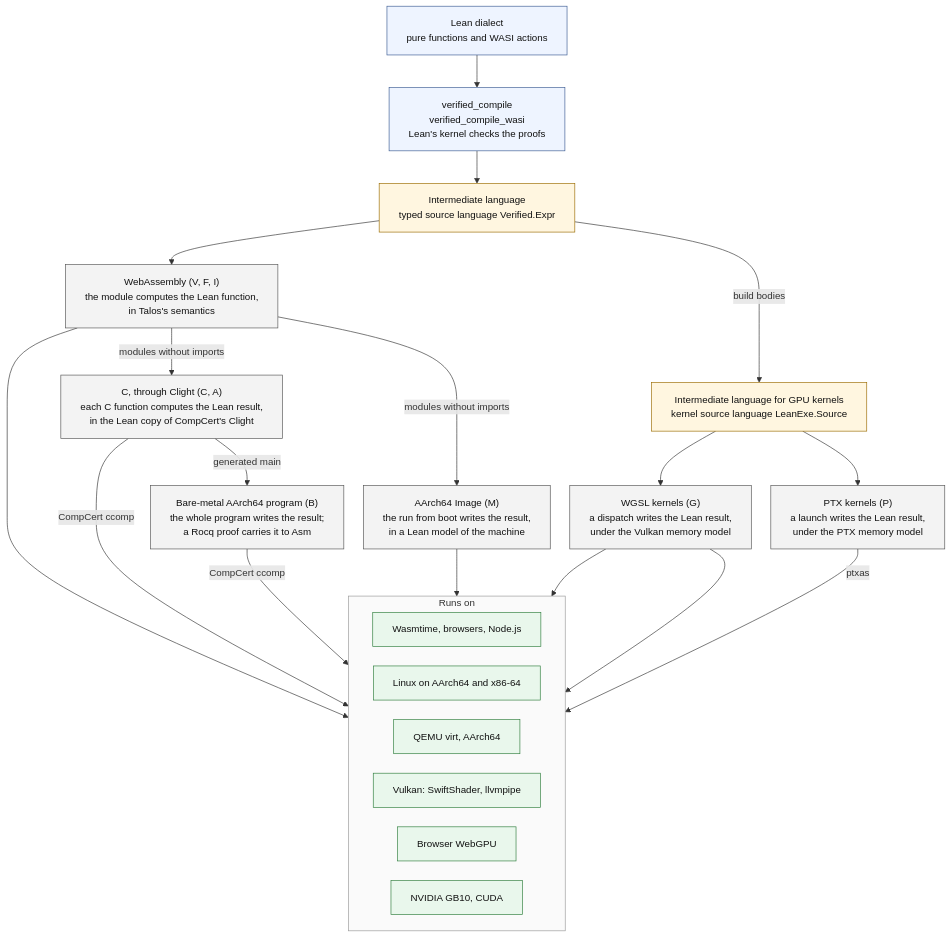
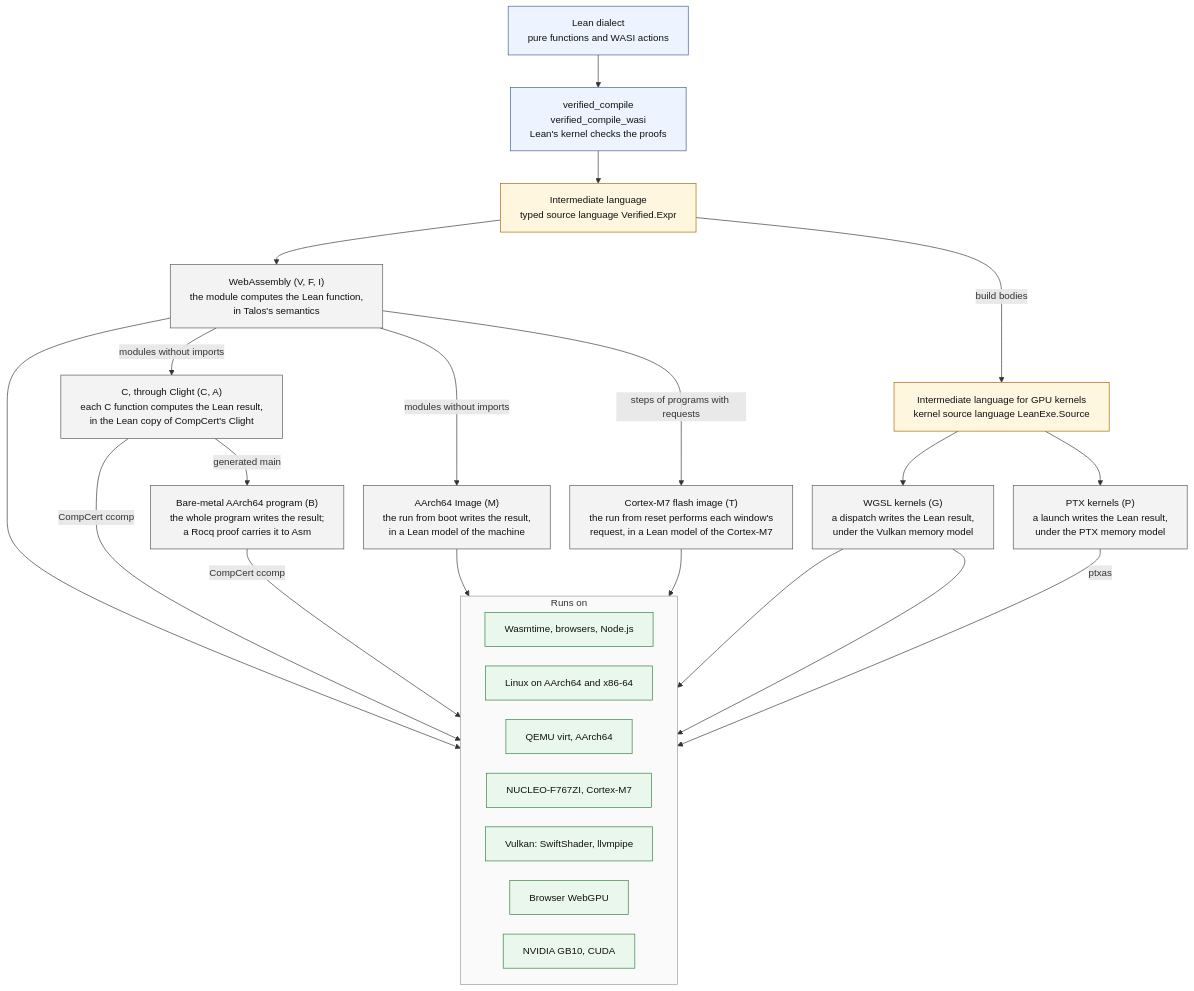
Before and after one commit to jsmorph/leanexe: the diagram in docs/toolchain-summary.mmd, drawn with Mermaid. The commit also changed 4 other files, not shown here.

Commit message:
Cover the Cortex-M7 back end in the README and diagrams

```diff
--- a/docs/toolchain-summary.mmd
+++ b/docs/toolchain-summary.mmd
@@ -1,49 +1,53 @@
 %%{init: {"flowchart": {"htmlLabels": true, "curve": "basis", "nodeSpacing": 30, "rankSpacing": 50, "wrappingWidth": 340}, "themeVariables": {"fontSize": "15px", "clusterBkg": "#fafafa", "clusterBorder": "#999999"}}}%%
 flowchart TB
   SRC["Lean dialect<br/>pure functions and WASI actions"]
   REF["verified_compile<br/>verified_compile_wasi<br/>Lean's kernel checks the proofs"]
 
   EXPR["Intermediate language<br/>typed source language Verified.Expr"]
   KSRC["Intermediate language for GPU kernels<br/>kernel source language LeanExe.Source"]
 
   WASM["WebAssembly (V, F, I)<br/>the module computes the Lean function,<br/>in Talos's semantics"]
   C["C, through Clight (C, A)<br/>each C function computes the Lean result,<br/>in the Lean copy of CompCert's Clight"]
   BARE["Bare-metal AArch64 program (B)<br/>the whole program writes the result;<br/>a Rocq proof carries it to Asm"]
   A64["AArch64 Image (M)<br/>the run from boot writes the result,<br/>in a Lean model of the machine"]
+  M7["Cortex-M7 flash image (T)<br/>the run from reset performs each window's<br/>request, in a Lean model of the Cortex-M7"]
   WGSL["WGSL kernels (G)<br/>a dispatch writes the Lean result,<br/>under the Vulkan memory model"]
   PTX["PTX kernels (P)<br/>a launch writes the Lean result,<br/>under the PTX memory model"]
 
   subgraph RUN["Runs on"]
     direction LR
     T1["Wasmtime, browsers, Node.js"]
     T2["Linux on AArch64 and x86-64"]
     T3["QEMU virt, AArch64"]
+    T7["NUCLEO-F767ZI, Cortex-M7"]
     T4["Vulkan: SwiftShader, llvmpipe"]
     T6["Browser WebGPU"]
     T5["NVIDIA GB10, CUDA"]
   end
 
   SRC --> REF --> EXPR
   EXPR -- "build bodies" --> KSRC
   EXPR --> WASM
   WASM -- "modules without imports" --> C
   C -- "generated main" --> BARE
   WASM -- "modules without imports" --> A64
   KSRC --> WGSL
   KSRC --> PTX
   WASM --> T1
   C -- "CompCert ccomp" --> T2
   BARE -- "CompCert ccomp" --> T3
   A64 --> T3
+  WASM -- "steps of programs with requests" --> M7
+  M7 --> T7
   WGSL --> T4
   WGSL --> T6
   PTX -- "ptxas" --> T5
 
   classDef src fill:#eef4ff,stroke:#3b5b92,color:#111
   classDef ir fill:#fff6e0,stroke:#9a6b00,color:#111
   classDef back fill:#f3f3f3,stroke:#555,color:#111
   classDef run fill:#e9f7ec,stroke:#2e7d3c,color:#111
   class SRC,REF src
   class EXPR,KSRC ir
-  class WASM,C,BARE,A64,WGSL,PTX back
-  class T1,T2,T3,T4,T5,T6 run
+  class WASM,C,BARE,A64,M7,WGSL,PTX back
+  class T1,T2,T3,T4,T5,T6,T7 run
```
